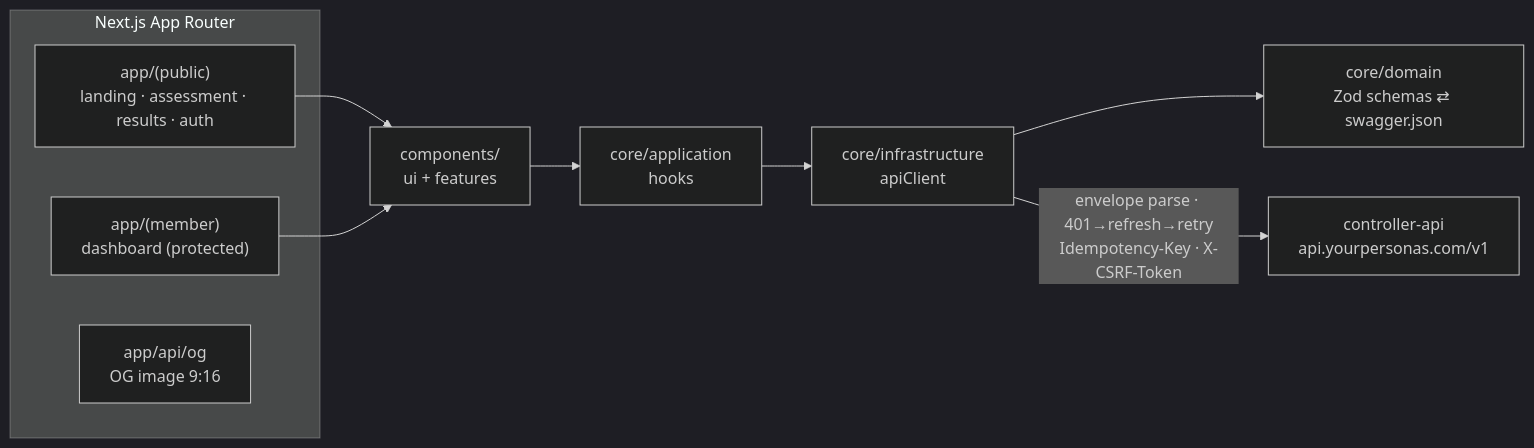
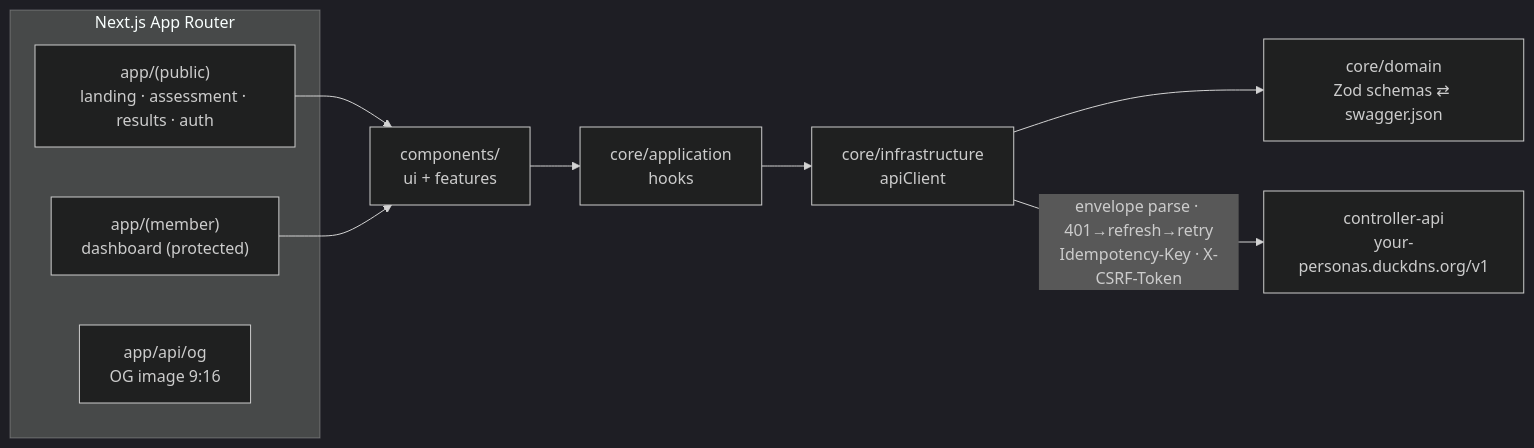
The first of 2 diagrams in README.md (aprxty3/your_persona_ui), drawn with Mermaid (dark theme) before and after one commit.

Commit message:
docs: update API base URL in README architecture diagram

````diff
--- a/README.md
+++ b/README.md
@@ -16,14 +16,14 @@
 ```mermaid
 flowchart LR
     subgraph App["Next.js App Router"]
         PUB["app/(public)<br/>landing · assessment · results · auth"]
         MEM["app/(member)<br/>dashboard (protected)"]
         OG["app/api/og<br/>OG image 9:16"]
     end
 
     PUB & MEM --> C[components/<br/>ui + features]
     C --> H["core/application<br/>hooks"]
     H --> AC["core/infrastructure<br/>apiClient"]
     AC --> D["core/domain<br/>Zod schemas ⇄ swagger.json"]
-    AC -->|"envelope parse · 401→refresh→retry<br/>Idempotency-Key · X-CSRF-Token"| BE["controller-api<br/>api.yourpersonas.com/v1"]
+    AC -->|"envelope parse · 401→refresh→retry<br/>Idempotency-Key · X-CSRF-Token"| BE["controller-api<br/>your-personas.duckdns.org/v1"]
 ```
````
